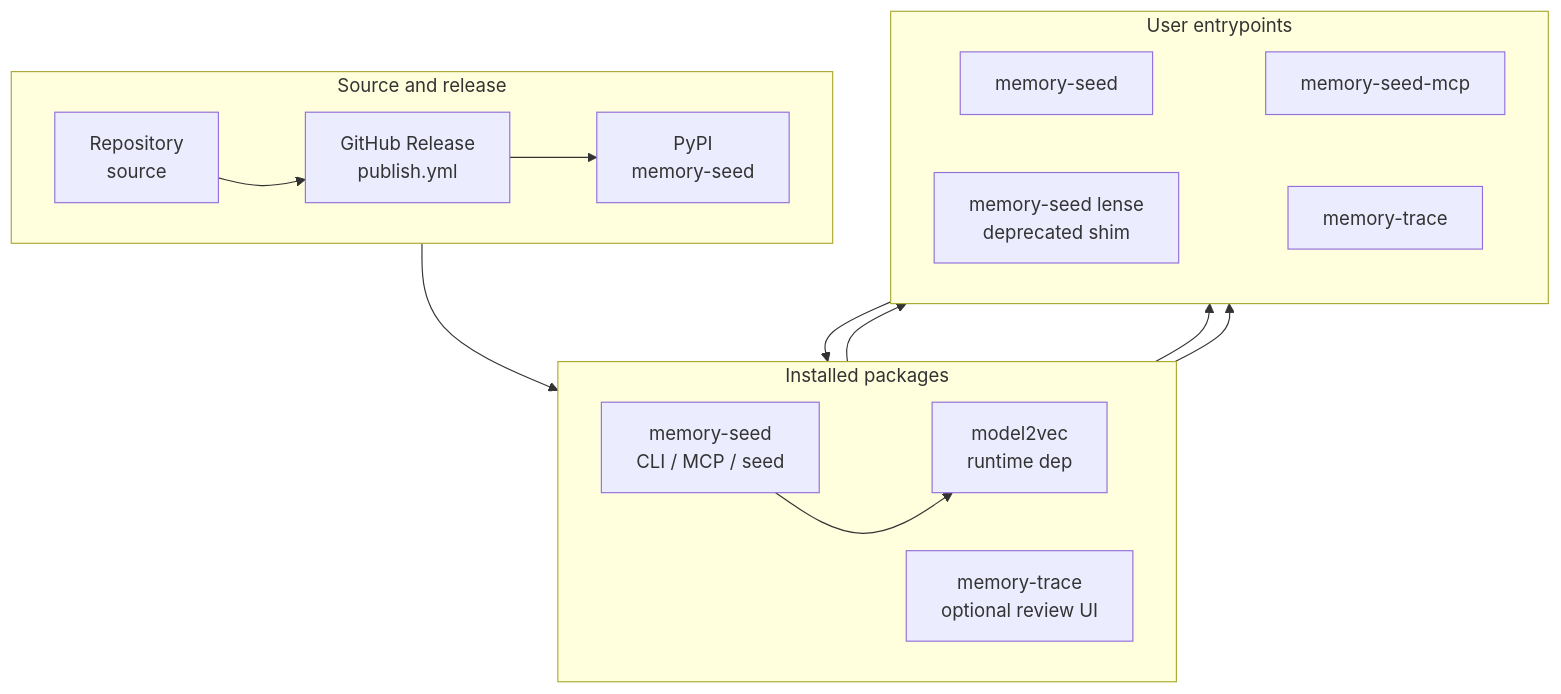
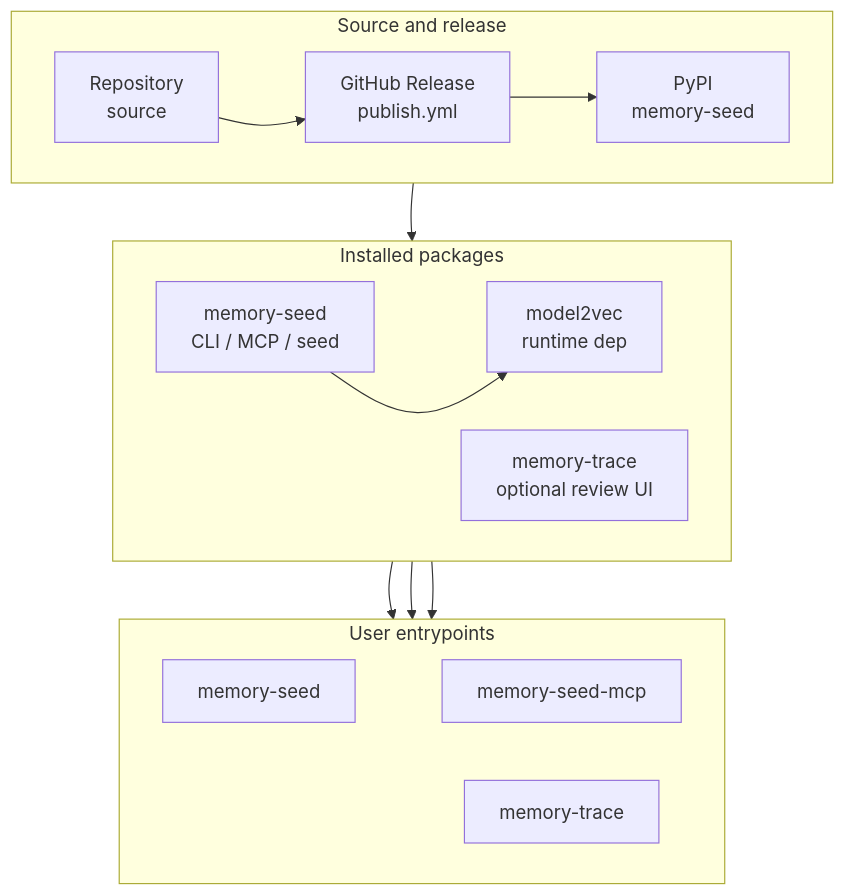
One commit to jnl-tshi/memory-seed changed the second of 24 diagrams in docs/3_Spec/functionality-audit.md. Above: the diagram before and after it, drawn with Mermaid. The commit also changed other lines of this file and 19 other files, not shown here.

First line of the commit message:
feat!: remove the memory-seed[lense]/lense CLI deprecation shim

````diff
--- a/docs/3_Spec/functionality-audit.md
+++ b/docs/3_Spec/functionality-audit.md
@@ -146,32 +146,31 @@
 ```mermaid
 graph TD
   subgraph SourceTier["Source and release"]
     direction LR
     REPO["Repository<br>source"] ~~~ RELEASE["GitHub Release<br>publish.yml"]
     PYPI["PyPI<br>memory-seed"]
   end
 
   subgraph PackageTier["Installed packages"]
     direction LR
     CORE["memory-seed<br>CLI / MCP / seed"] ~~~ MODEL["model2vec<br>runtime dep"]
     TRACE["memory-trace<br>optional review UI"]
   end
 
   subgraph UserTier["User entrypoints"]
     direction LR
     CLI["memory-seed"] ~~~ MCP["memory-seed-mcp"]
-    SHIM["memory-seed lense<br>deprecated shim"] ~~~ TRACECLI["memory-trace"]
+    TRACECLI["memory-trace"]
   end
 
   SourceTier ~~~ PackageTier
   PackageTier ~~~ UserTier
 
   REPO --> RELEASE
   RELEASE --> PYPI
   PYPI --> CORE
   CORE --> MODEL
   CORE --> CLI
   CORE --> MCP
-  SHIM --> TRACE
   TRACE --> TRACECLI
 ```
````
